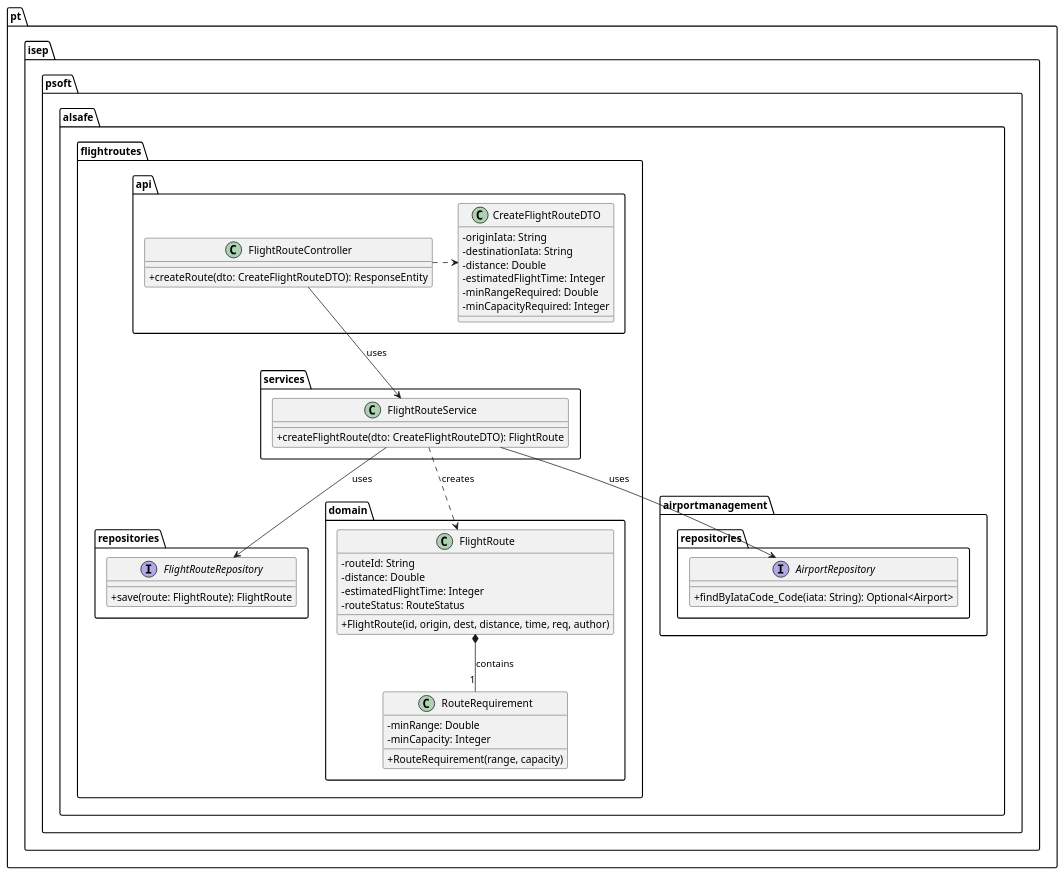
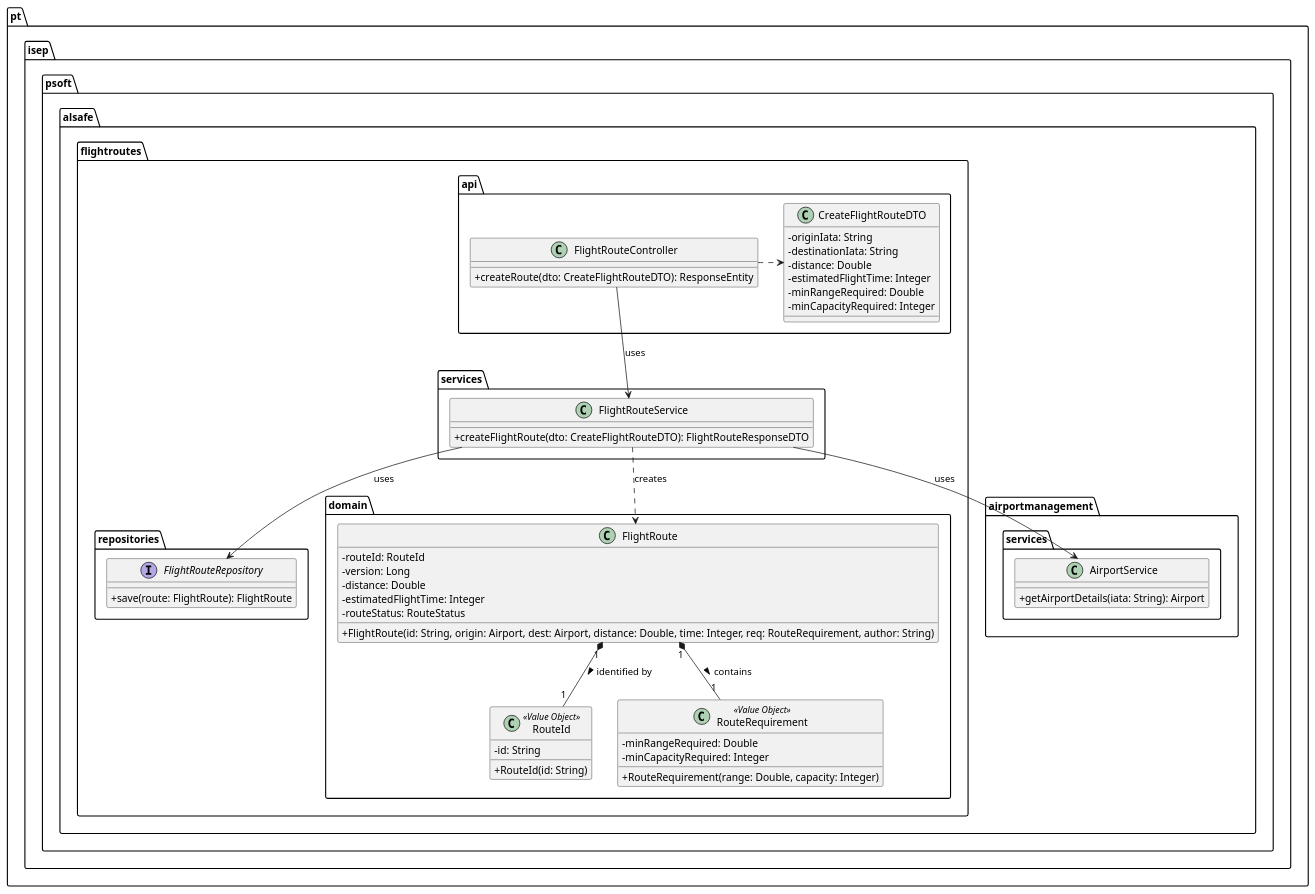
The diagram in docs/use-cases/WP#3A/US110/puml/US110-CD.puml (Andre-1240567/psoft2026_2DB_1240567_1241013_1240624), drawn with PlantUML before and after one commit. The commit also changed 157 other files, not shown here.

```diff
--- a/docs/use-cases/WP#3A/US110/puml/US110-CD.puml
+++ b/docs/use-cases/WP#3A/US110/puml/US110-CD.puml
@@ -1,58 +1,66 @@
 @startuml
 skinparam classAttributeIconSize 0
 
 package "pt.isep.psoft.alsafe.flightroutes.api" {
     class FlightRouteController {
         + createRoute(dto: CreateFlightRouteDTO): ResponseEntity
     }
     class CreateFlightRouteDTO {
         - originIata: String
         - destinationIata: String
         - distance: Double
         - estimatedFlightTime: Integer
         - minRangeRequired: Double
         - minCapacityRequired: Integer
     }
 }
 
 package "pt.isep.psoft.alsafe.flightroutes.services" {
     class FlightRouteService {
-        + createFlightRoute(dto: CreateFlightRouteDTO): FlightRoute
+        + createFlightRoute(dto: CreateFlightRouteDTO): FlightRouteResponseDTO
+    }
+}
+
+package "pt.isep.psoft.alsafe.airportmanagement.services" {
+    class AirportService {
+        + getAirportDetails(iata: String): Airport
     }
 }
 
 package "pt.isep.psoft.alsafe.flightroutes.repositories" {
     interface FlightRouteRepository {
         + save(route: FlightRoute): FlightRoute
     }
 }
 
-package "pt.isep.psoft.alsafe.airportmanagement.repositories" {
-    interface AirportRepository {
-        + findByIataCode_Code(iata: String): Optional<Airport>
-    }
-}
-
 package "pt.isep.psoft.alsafe.flightroutes.domain" {
     class FlightRoute {
-        - routeId: String
+        - routeId: RouteId
+        - version: Long
         - distance: Double
         - estimatedFlightTime: Integer
         - routeStatus: RouteStatus
-        + FlightRoute(id, origin, dest, distance, time, req, author)
+        + FlightRoute(id: String, origin: Airport, dest: Airport, distance: Double, time: Integer, req: RouteRequirement, author: String)
     }
-    class RouteRequirement {
-        - minRange: Double
-        - minCapacity: Integer
-        + RouteRequirement(range, capacity)
+    
+    class RouteId <<Value Object>> {
+        - id: String
+        + RouteId(id: String)
+    }
+    
+    class RouteRequirement <<Value Object>> {
+        - minRangeRequired: Double
+        - minCapacityRequired: Integer
+        + RouteRequirement(range: Double, capacity: Integer)
     }
 }
 
 FlightRouteController .right.> CreateFlightRouteDTO
 FlightRouteController --> FlightRouteService : uses
-FlightRouteService --> AirportRepository : uses
+FlightRouteService --> AirportService : uses
 FlightRouteService --> FlightRouteRepository : uses
 FlightRouteService ..> FlightRoute : creates
-FlightRoute *-- "1" RouteRequirement : contains
+FlightRoute "1" *-- "1" RouteId : identified by >
+FlightRoute "1" *-- "1" RouteRequirement : contains >
 
 @enduml
```
